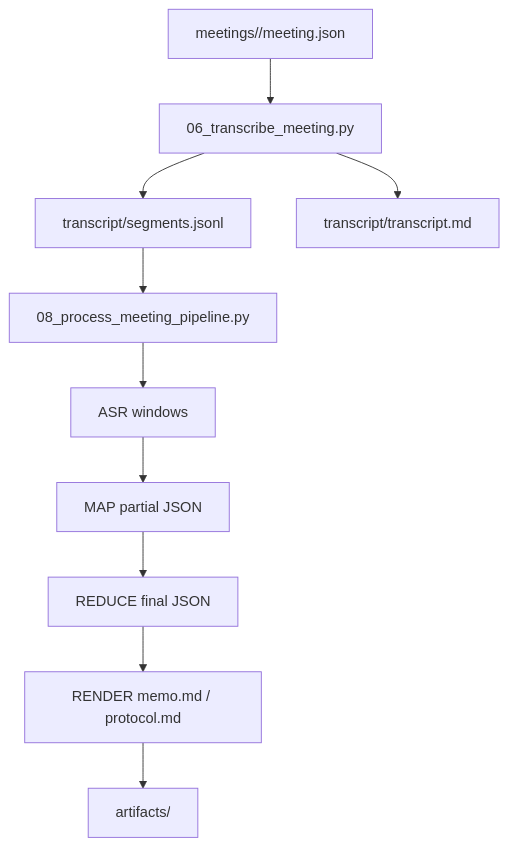
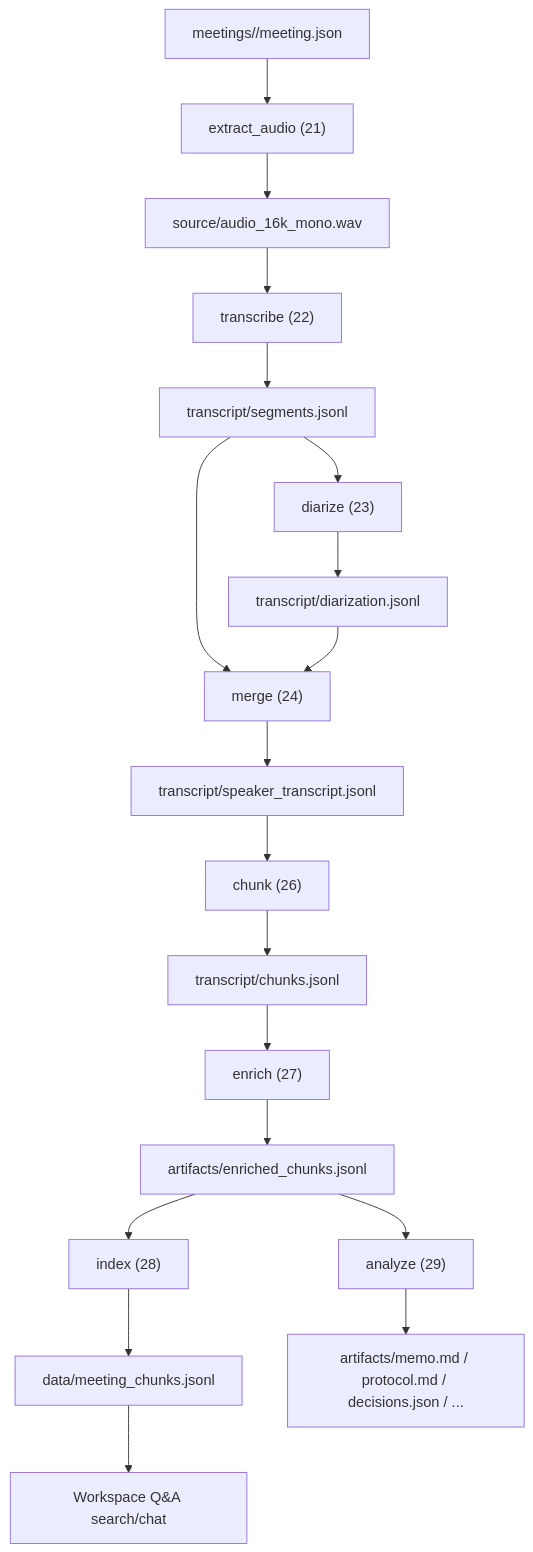
Before and after one commit to Anatoliy-Sysoev/MeetingAgent: the second of 4 diagrams in docs/architecture/ARCHITECTURE.md, drawn with Mermaid. The commit also changed other lines of this file and 5 other files, not shown here.

First line of the commit message:
Expand meeting pipeline runner stages

````diff
--- a/docs/architecture/ARCHITECTURE.md
+++ b/docs/architecture/ARCHITECTURE.md
@@ -57,12 +57,21 @@
 ```mermaid
 flowchart TD
-    A["meetings/<meeting_id>/meeting.json"] --> B["06_transcribe_meeting.py"]
-    B --> C["transcript/segments.jsonl"]
-    B --> D["transcript/transcript.md"]
-    C --> E["08_process_meeting_pipeline.py"]
-    E --> F["ASR windows"]
-    F --> G["MAP partial JSON"]
-    G --> H["REDUCE final JSON"]
-    H --> I["RENDER memo.md / protocol.md"]
-    I --> J["artifacts/"]
+    A["meetings/<meeting_id>/meeting.json"] --> B["extract_audio (21)"]
+    B --> C["source/audio_16k_mono.wav"]
+    C --> D["transcribe (22)"]
+    D --> E["transcript/segments.jsonl"]
+    E --> F["diarize (23)"]
+    F --> G["transcript/diarization.jsonl"]
+    E --> H["merge (24)"]
+    G --> H
+    H --> I["transcript/speaker_transcript.jsonl"]
+    I --> J["chunk (26)"]
+    J --> K["transcript/chunks.jsonl"]
+    K --> L["enrich (27)"]
+    L --> M["artifacts/enriched_chunks.jsonl"]
+    M --> N["index (28)"]
+    N --> O["data/meeting_chunks.jsonl"]
+    O --> P["Workspace Q&A search/chat"]
+    M --> Q["analyze (29)"]
+    Q --> R["artifacts/memo.md / protocol.md / decisions.json / ..."]
 ```
````
